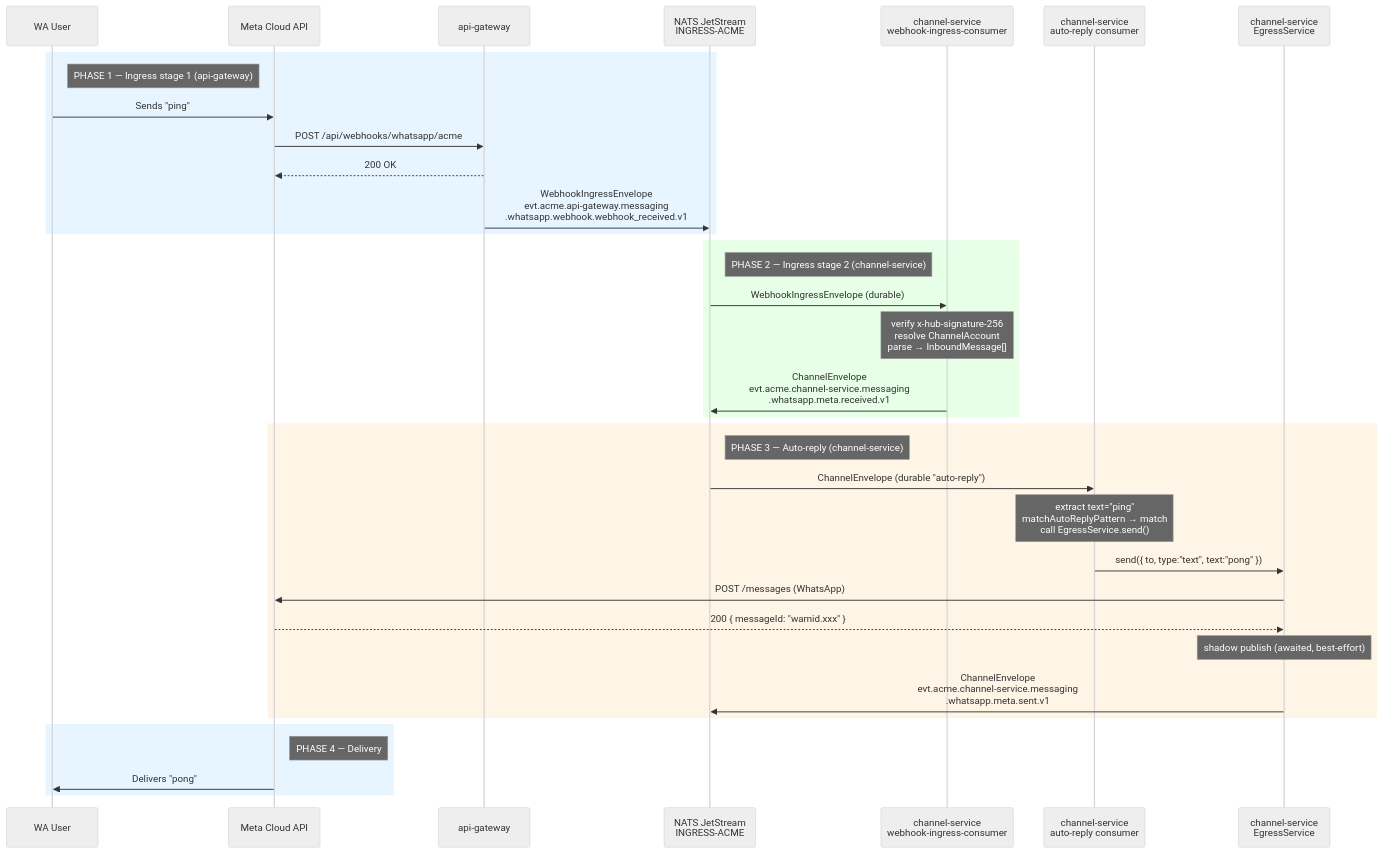
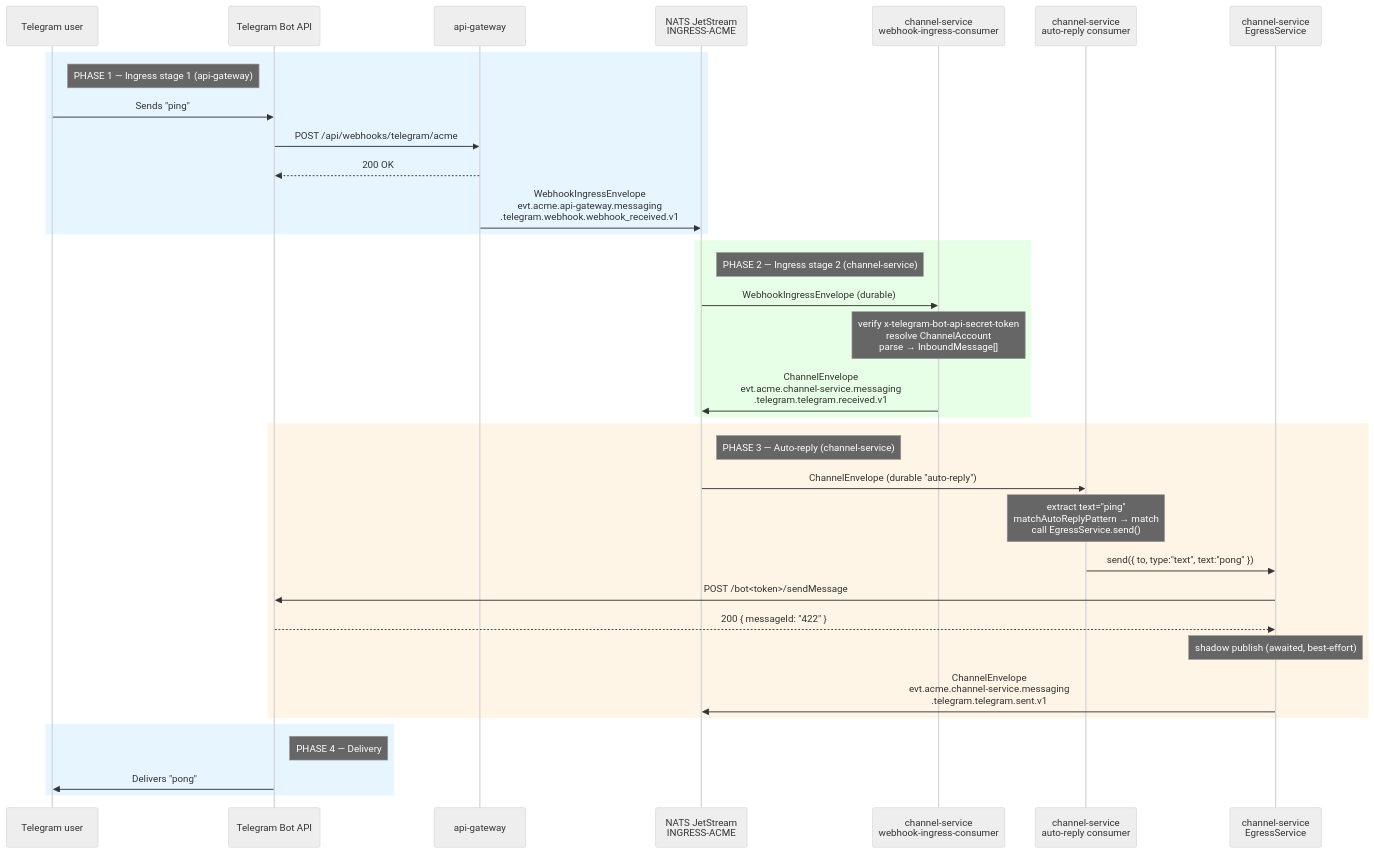
The fourth of 4 diagrams in DOCS/channels/channel-service.md (ccarnero/colloqui), drawn with Mermaid (neutral theme) before and after one commit. The commit also changed other lines of this file and 43 other files, not shown here.

````diff
--- a/DOCS/channels/channel-service.md
+++ b/DOCS/channels/channel-service.md
@@ -505,41 +502,41 @@
 ```mermaid
 sequenceDiagram
-    participant WA as WA User
-    participant Meta as Meta Cloud API
+    participant U as Telegram user
+    participant TG as Telegram Bot API
     participant GW as api-gateway
     participant JS as NATS JetStream<br/>INGRESS-ACME
     participant CS_WH as channel-service<br/>webhook-ingress-consumer
     participant CS_AR as channel-service<br/>auto-reply consumer
     participant CS_EG as channel-service<br/>EgressService
 
     rect rgb(230, 245, 255)
-        Note right of WA: PHASE 1 — Ingress stage 1 (api-gateway)
-        WA->>Meta: Sends "ping"
-        Meta->>GW: POST /api/webhooks/whatsapp/acme
-        GW-->>Meta: 200 OK
-        GW->>JS: WebhookIngressEnvelope<br/>evt.acme.api-gateway.messaging<br/>.whatsapp.webhook.webhook_received.v1
+        Note right of U: PHASE 1 — Ingress stage 1 (api-gateway)
+        U->>TG: Sends "ping"
+        TG->>GW: POST /api/webhooks/telegram/acme
+        GW-->>TG: 200 OK
+        GW->>JS: WebhookIngressEnvelope<br/>evt.acme.api-gateway.messaging<br/>.telegram.webhook.webhook_received.v1
     end
 
     rect rgb(230, 255, 230)
         Note right of JS: PHASE 2 — Ingress stage 2 (channel-service)
         JS->>CS_WH: WebhookIngressEnvelope (durable)
-        Note over CS_WH: verify x-hub-signature-256<br/>resolve ChannelAccount<br/>parse → InboundMessage[]
-        CS_WH->>JS: ChannelEnvelope<br/>evt.acme.channel-service.messaging<br/>.whatsapp.meta.received.v1
+        Note over CS_WH: verify x-telegram-bot-api-secret-token<br/>resolve ChannelAccount<br/>parse → InboundMessage[]
+        CS_WH->>JS: ChannelEnvelope<br/>evt.acme.channel-service.messaging<br/>.telegram.telegram.received.v1
     end
 
     rect rgb(255, 245, 230)
         Note right of JS: PHASE 3 — Auto-reply (channel-service)
         JS->>CS_AR: ChannelEnvelope (durable "auto-reply")
         Note over CS_AR: extract text="ping"<br/>matchAutoReplyPattern → match<br/>call EgressService.send()
         CS_AR->>CS_EG: send({ to, type:"text", text:"pong" })
-        CS_EG->>Meta: POST /messages (WhatsApp)
-        Meta-->>CS_EG: 200 { messageId: "wamid.xxx" }
+        CS_EG->>TG: POST /bot<token>/sendMessage
+        TG-->>CS_EG: 200 { messageId: "422" }
         Note over CS_EG: shadow publish (awaited, best-effort)
-        CS_EG->>JS: ChannelEnvelope<br/>evt.acme.channel-service.messaging<br/>.whatsapp.meta.sent.v1
+        CS_EG->>JS: ChannelEnvelope<br/>evt.acme.channel-service.messaging<br/>.telegram.telegram.sent.v1
     end
 
     rect rgb(230, 245, 255)
-        Note right of Meta: PHASE 4 — Delivery
-        Meta->>WA: Delivers "pong"
+        Note right of TG: PHASE 4 — Delivery
+        TG->>U: Delivers "pong"
     end
 ```
````
